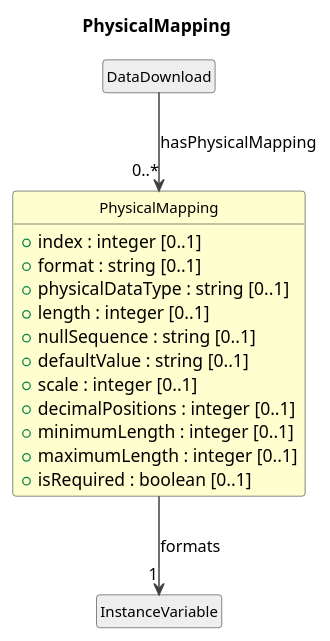
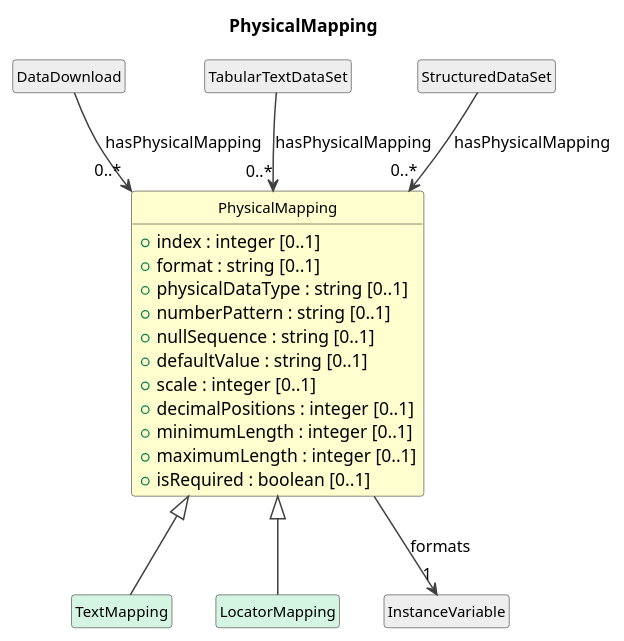
The diagram in cdif-uml-model/_plantuml/cdifDataDescription/Classes/PhysicalMapping.pu (Cross-Domain-Interoperability-Framework/metadataBuildingBlocks), drawn with PlantUML before and after one commit. The commit also changed 136 other files, not shown here.

First line of the commit message:
Regenerate UML model browser: DataDescription PhysicalDataSet subclasses

```diff
--- a/cdif-uml-model/_plantuml/cdifDataDescription/Classes/PhysicalMapping.pu
+++ b/cdif-uml-model/_plantuml/cdifDataDescription/Classes/PhysicalMapping.pu
@@ -1,31 +1,39 @@
 @startuml
 title PhysicalMapping
 hide circle
 hide empty members
 skinparam shadowing false
 skinparam ArrowThickness 1.2
 skinparam class {
   ArrowColor #404040
   BorderColor #404040
   FontSize 12
 }
 
 class "PhysicalMapping" as PhysicalMapping #FEFECE {
   +index : integer [0..1]
   +format : string [0..1]
   +physicalDataType : string [0..1]
-  +length : integer [0..1]
+  +numberPattern : string [0..1]
   +nullSequence : string [0..1]
   +defaultValue : string [0..1]
   +scale : integer [0..1]
   +decimalPositions : integer [0..1]
   +minimumLength : integer [0..1]
   +maximumLength : integer [0..1]
   +isRequired : boolean [0..1]
 }
+class "TextMapping" as TextMapping #D5F5E3
+PhysicalMapping <|-- TextMapping
+class "LocatorMapping" as LocatorMapping #D5F5E3
+PhysicalMapping <|-- LocatorMapping
 class "DataDownload" as DataDownload #EEEEEE
 DataDownload --> "0..*" PhysicalMapping : hasPhysicalMapping
 class "InstanceVariable" as InstanceVariable #EEEEEE
 PhysicalMapping --> "1" InstanceVariable : formats
+class "TabularTextDataSet" as TabularTextDataSet #EEEEEE
+TabularTextDataSet --> "0..*" PhysicalMapping : hasPhysicalMapping
+class "StructuredDataSet" as StructuredDataSet #EEEEEE
+StructuredDataSet --> "0..*" PhysicalMapping : hasPhysicalMapping
 
 @enduml
```
